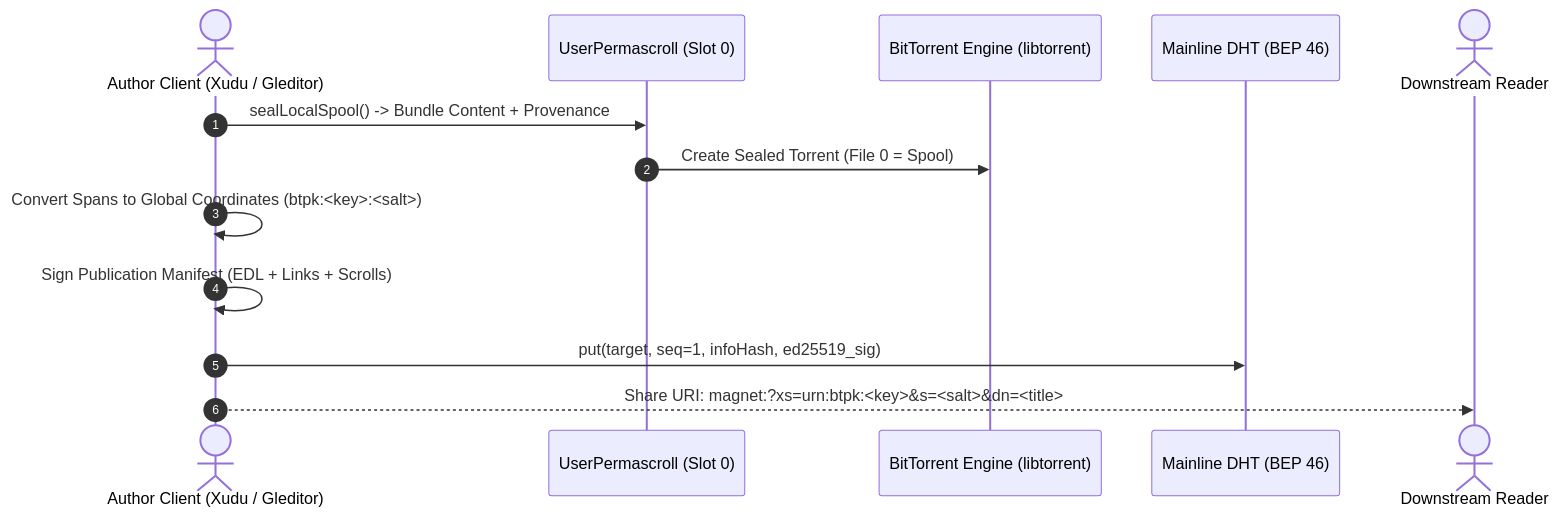
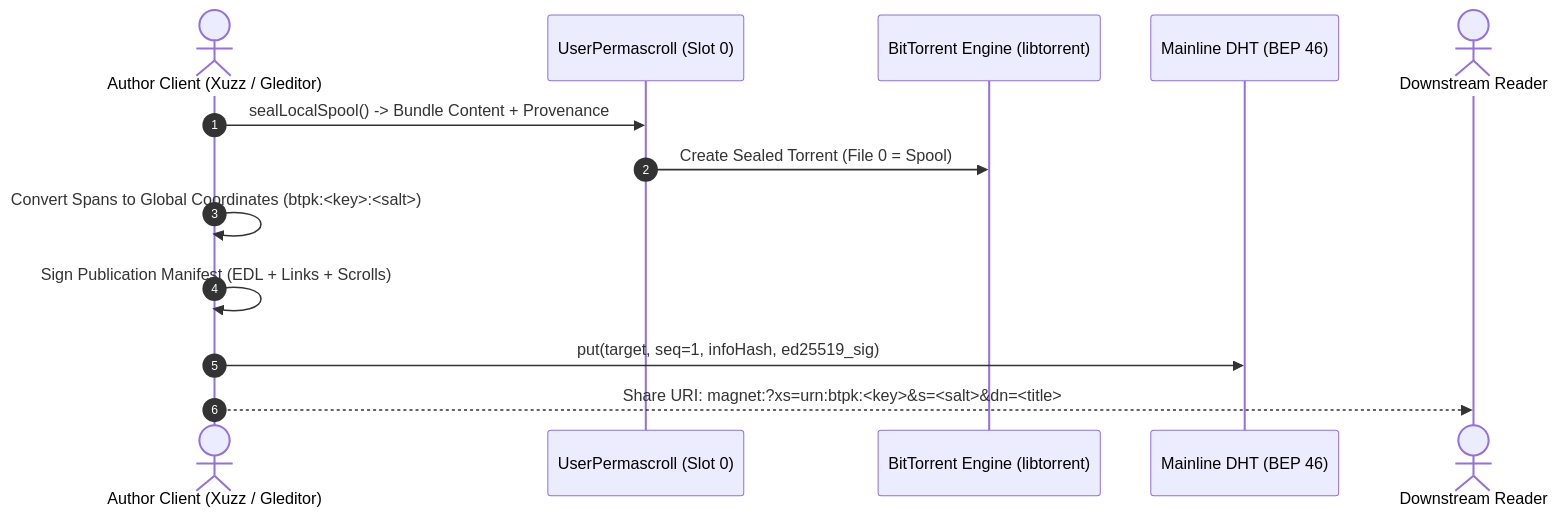
Before and after one commit to ccs4ever/gleditor: the first of 3 diagrams in design/bep46-publication-and-discovery.md, drawn with Mermaid. The commit also changed other lines of this file and 255 other files, not shown here.

````diff
--- a/design/bep46-publication-and-discovery.md
+++ b/design/bep46-publication-and-discovery.md
@@ -60,16 +61,16 @@
 ```mermaid
 sequenceDiagram
     autonumber
-    actor Author as Author Client (Xudu / Gleditor)
+    actor Author as Author Client (Xuzz / Gleditor)
     participant Spool as UserPermascroll (Slot 0)
     participant Torrent as BitTorrent Engine (libtorrent)
     participant DHT as Mainline DHT (BEP 46)
     actor Reader as Downstream Reader
 
     Author->>Spool: sealLocalSpool() -> Bundle Content + Provenance
     Spool->>Torrent: Create Sealed Torrent (File 0 = Spool)
     Author->>Author: Convert Spans to Global Coordinates (btpk:<key>:<salt>)
     Author->>Author: Sign Publication Manifest (EDL + Links + Scrolls)
     Author->>DHT: put(target, seq=1, infoHash, ed25519_sig)
     Author-->>Reader: Share URI: magnet:?xs=urn:btpk:<key>&s=<salt>&dn=<title>
 ```
````
